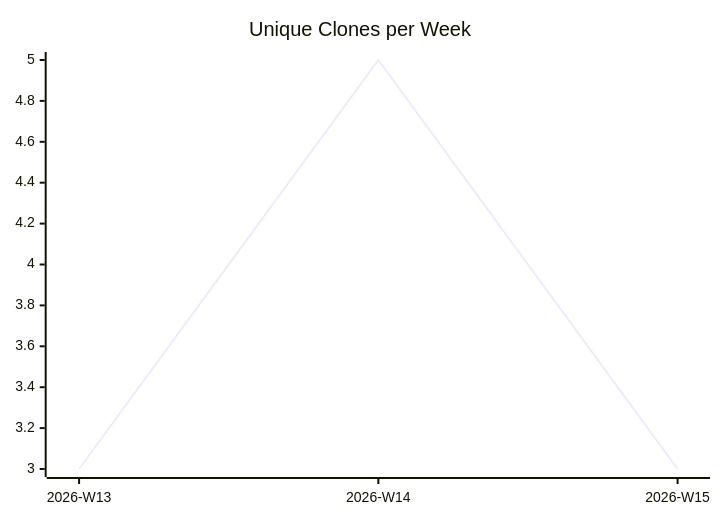
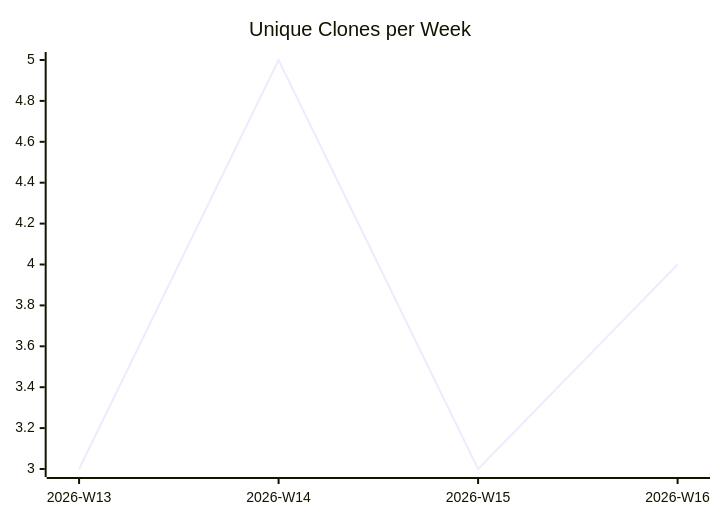
The third of 3 diagrams in karlmdavis/ansible-role-bind-dns/README.md (justdavis-family/github-analytics-data), drawn with Mermaid before and after one commit. The commit also changed other lines of this file and 173 other files, not shown here.

````diff
--- a/karlmdavis/ansible-role-bind-dns/README.md
+++ b/karlmdavis/ansible-role-bind-dns/README.md
@@ -19,6 +19,6 @@
 ```mermaid
 xychart-beta
   title "Unique Clones per Week"
-  x-axis ["2026-W13", "2026-W14", "2026-W15"]
-  line [3, 5, 3]
+  x-axis ["2026-W13", "2026-W14", "2026-W15", "2026-W16"]
+  line [3, 5, 3, 4]
 ```
````
